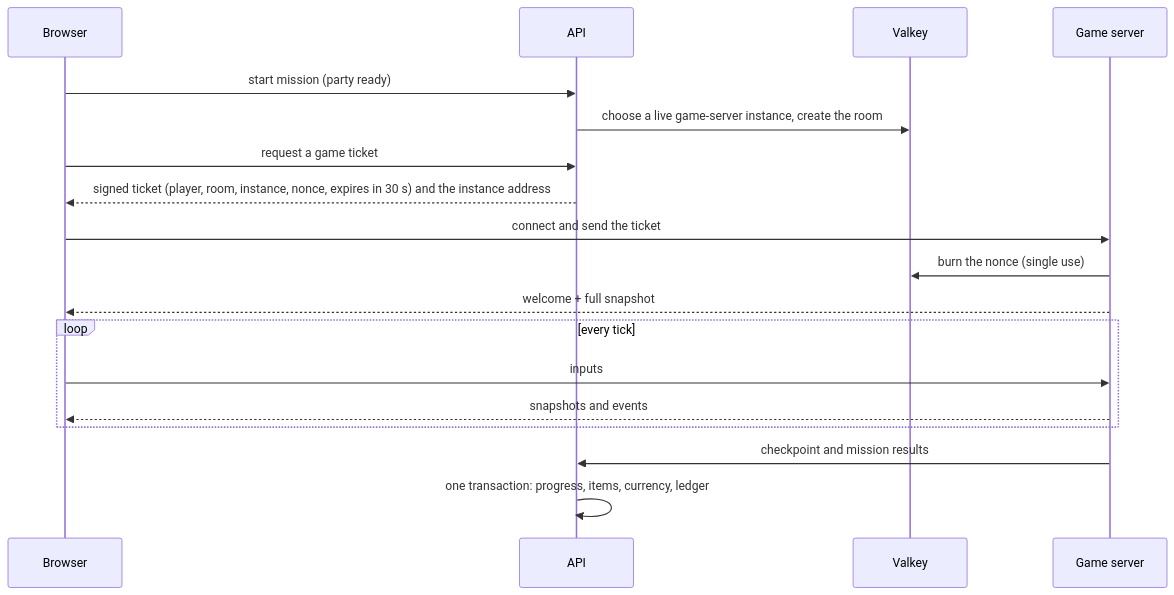
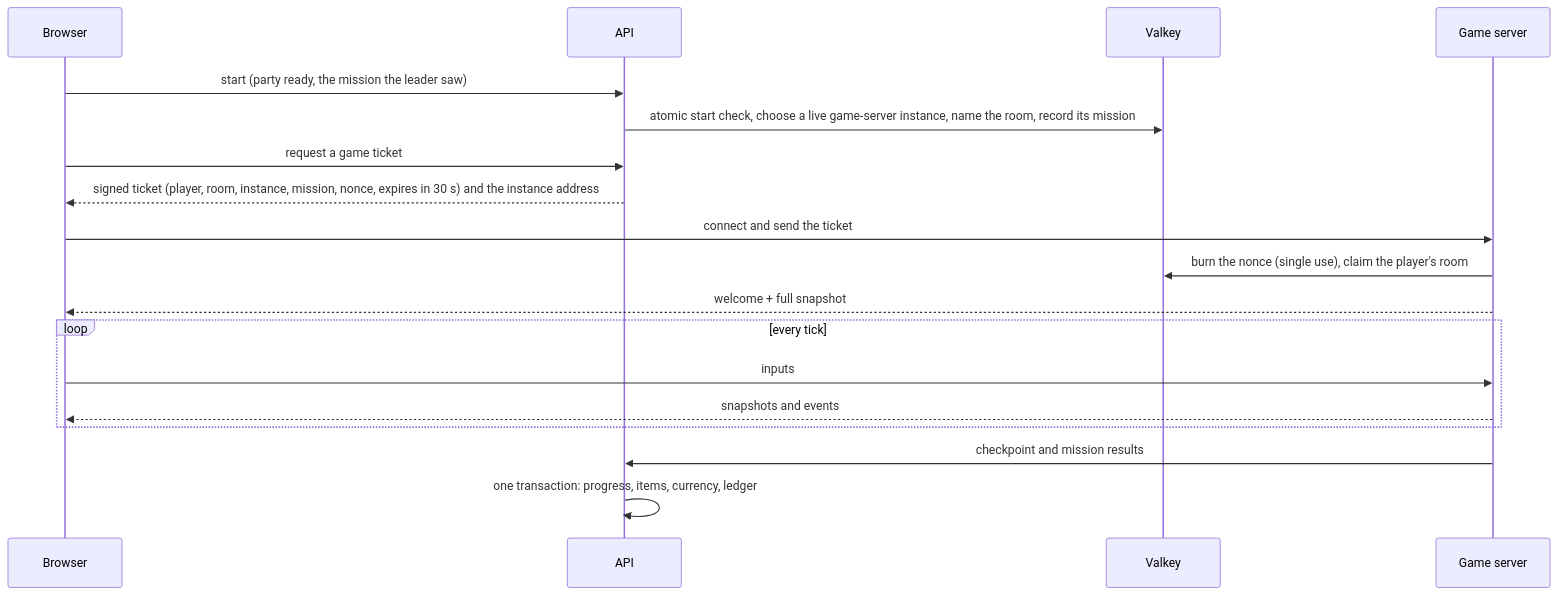
One commit to rawand-faraidun/rotline changed the fourth of 5 diagrams in docs/architecture.md. Above: the diagram before and after it, drawn with Mermaid. The commit also changed other lines of this file and 57 other files, not shown here.

````diff
--- a/docs/architecture.md
+++ b/docs/architecture.md
@@ -145,20 +145,20 @@
 ```mermaid
 sequenceDiagram
   participant B as Browser
   participant A as API
   participant V as Valkey
   participant G as Game server
-  B->>A: start mission (party ready)
-  A->>V: choose a live game-server instance, create the room
+  B->>A: start (party ready, the mission the leader saw)
+  A->>V: atomic start check, choose a live game-server instance, name the room, record its mission
   B->>A: request a game ticket
-  A-->>B: signed ticket (player, room, instance, nonce, expires in 30 s) and the instance address
+  A-->>B: signed ticket (player, room, instance, mission, nonce, expires in 30 s) and the instance address
   B->>G: connect and send the ticket
-  G->>V: burn the nonce (single use)
+  G->>V: burn the nonce (single use), claim the player's room
   G-->>B: welcome + full snapshot
   loop every tick
     B->>G: inputs
     G-->>B: snapshots and events
   end
   G->>A: checkpoint and mission results
   A->>A: one transaction: progress, items, currency, ledger
 ```
````
